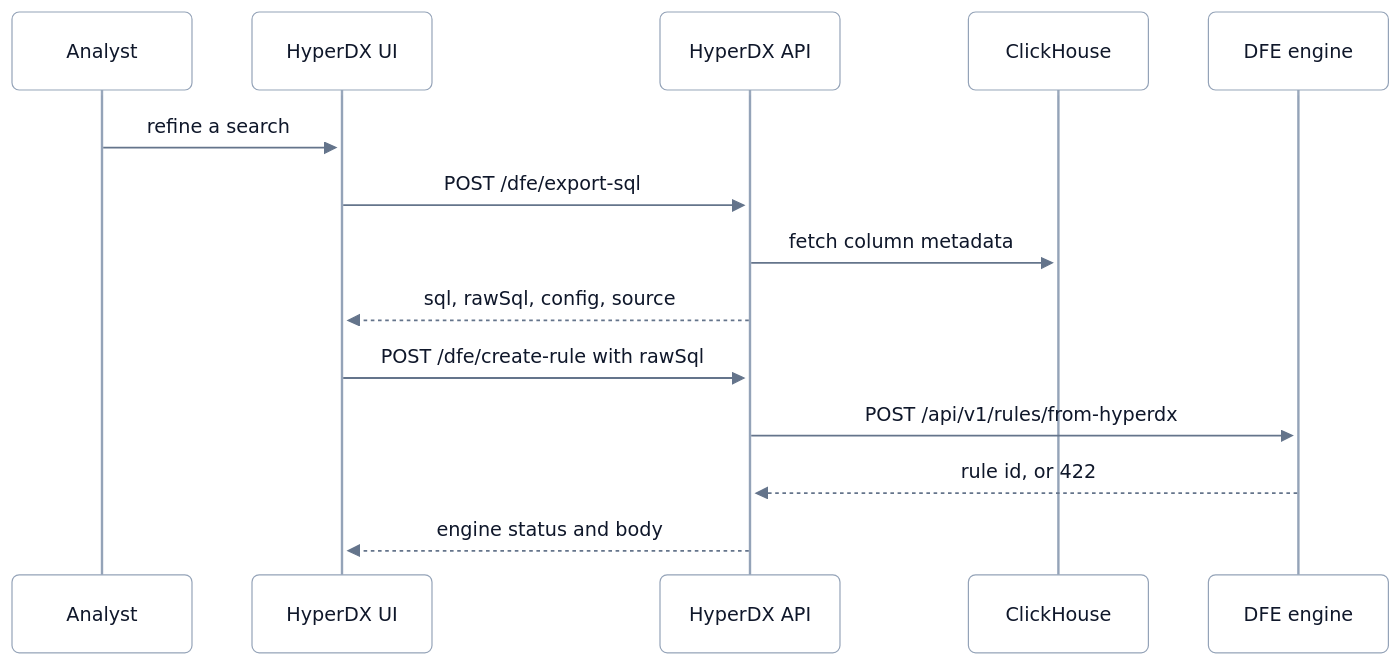
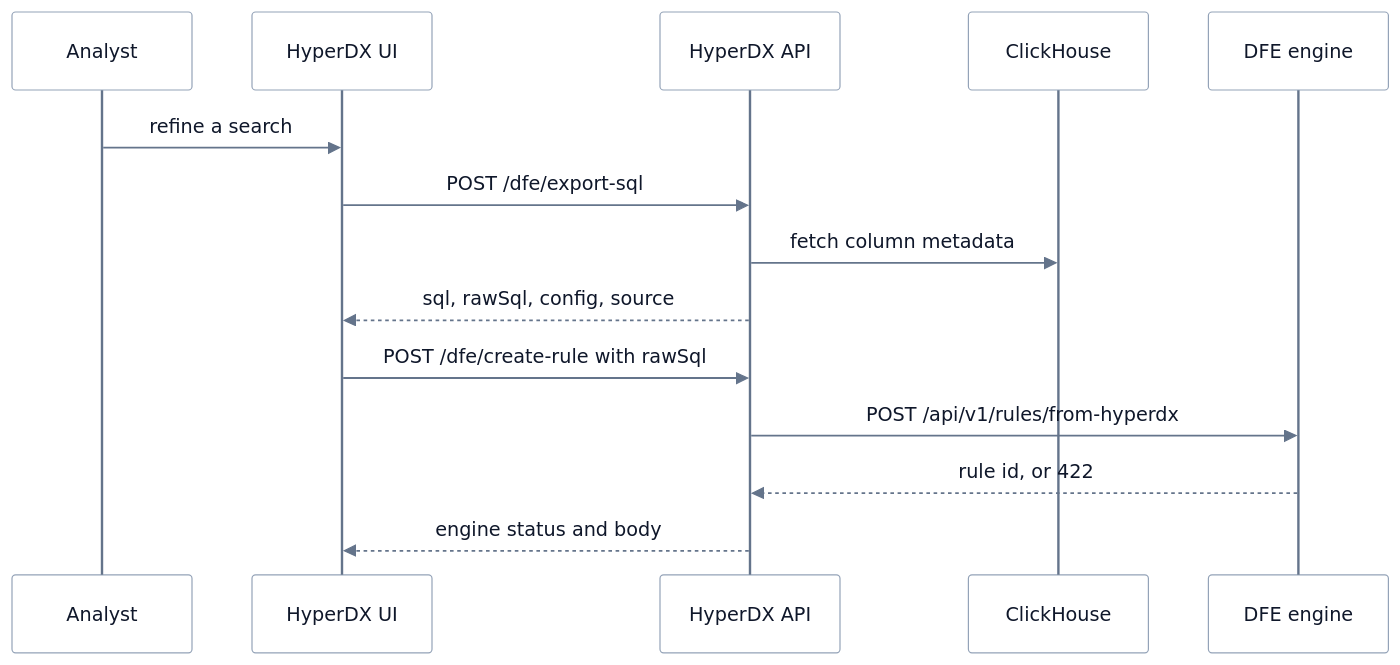
One commit to hyperi-io/dfe-hyperdx changed the diagram in docs/architecture/query-to-rule-pipeline.md. Above: the diagram before and after it, drawn with Mermaid. The commit also changed 5 other files, not shown here.

First line of the commit message:
fix(docs): make six diagrams pass the check

````diff
--- a/docs/architecture/query-to-rule-pipeline.md
+++ b/docs/architecture/query-to-rule-pipeline.md
@@ -17,54 +17,39 @@
 ```mermaid
 ---
 config:
   theme: base
-  look: neo
   fontFamily: Inter, -apple-system, Segoe UI, Roboto, Helvetica, Arial, sans-serif
   themeVariables:
     fontSize: 15px
     lineColor: "#64748B"
     primaryTextColor: "#0F172A"
-    edgeLabelBackground: "#FFFFFF"
     actorBkg: "#FFFFFF"
     actorBorder: "#94A3B8"
     actorTextColor: "#0F172A"
-    actorLineColor: "#94A3B8"
+    actorLineColor: "#64748B"
     signalColor: "#64748B"
     signalTextColor: "#0F172A"
-    sequenceNumberColor: "#FFFFFF"
     noteBkgColor: "#FFFFFF"
     noteBorderColor: "#94A3B8"
     noteTextColor: "#0F172A"
-    labelBoxBkgColor: "#FFFFFF"
-    labelBoxBorderColor: "#94A3B8"
-    labelTextColor: "#0F172A"
-    loopTextColor: "#0F172A"
   themeCSS: >-
-    p{margin:0}
-    .labelBkg{background:transparent!important}
-    span.edgeLabel{display:inline-block;background:#FFFFFF!important;color:#1E293B;border:1px solid #94A3B8;border-radius:999px;padding:2px 10px;font-size:12px;font-weight:500}
-    span.edgeLabel p{background:transparent!important}
-    .messageText{fill:#0F172A;stroke:#FFFFFF;stroke-width:4px;paint-order:stroke;stroke-linejoin:round}
-    .loopText,.loopText tspan{fill:#0F172A;stroke:#FFFFFF;stroke-width:4px;paint-order:stroke;stroke-linejoin:round}
-    .loopLine{stroke:#64748B}
-    .actor{rx:10px;ry:10px;filter:drop-shadow(0 1px 2px rgba(15,23,42,.10)) drop-shadow(0 6px 14px rgba(15,23,42,.10))}
-    .actor-line{stroke-dasharray:4 4}
+    .messageText{paint-order:stroke;stroke:#FFFFFF;stroke-width:3px;stroke-linejoin:round}
 ---
 sequenceDiagram
   accTitle: L4 Detail -- Search to rule
   accDescr: The analyst refines a search. The UI asks the API to export it, and the API reads column metadata from ClickHouse and returns the rendered SQL. The UI posts the raw SQL to create-rule, the API forwards it to the engine as the caller, and the engine's answer comes back to the UI.
   participant User as Analyst
   participant App as HyperDX UI
   participant API as HyperDX API
   participant CH as ClickHouse
   participant Engine as DFE engine
 
   User->>App: refine a search
   App->>API: POST /dfe/export-sql
   API->>CH: fetch column metadata
   API-->>App: sql, rawSql, config, source
   App->>API: POST /dfe/create-rule with rawSql
   API->>Engine: POST /api/v1/rules/from-hyperdx
   Engine-->>API: rule id, or 422
   API-->>App: engine status and body
 ```
````
